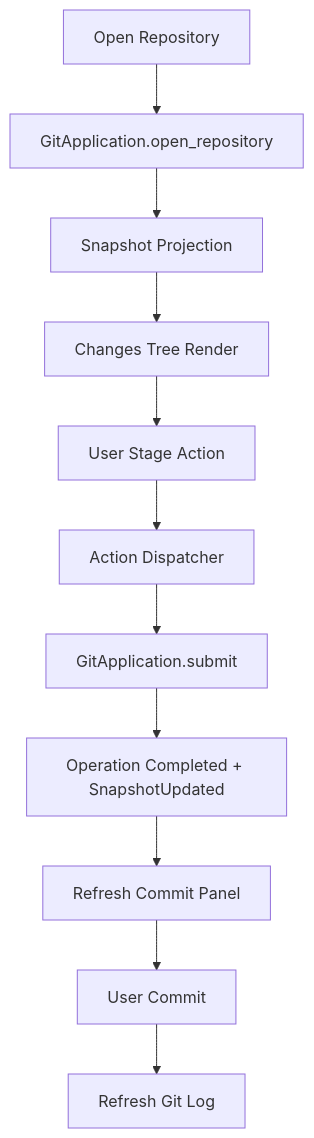
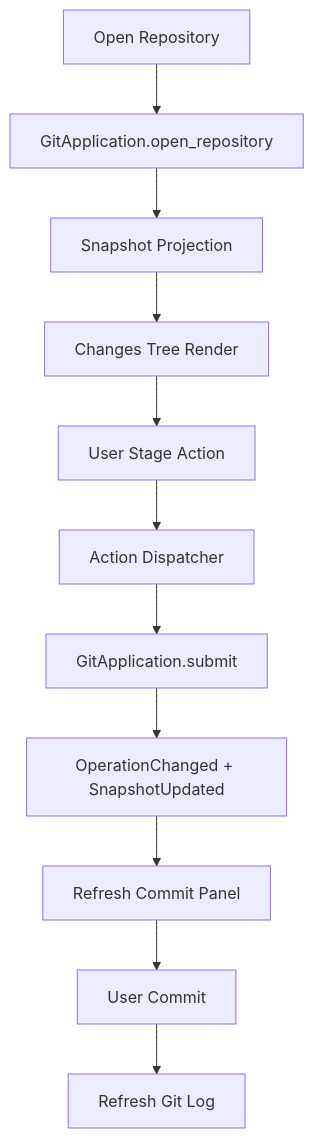
The third of 3 diagrams in docs/architecture/LLD-UI-001.md (dengxiujun/IdeaGit), drawn with Mermaid before and after one commit. The commit also changed other lines of this file and 9 other files, not shown here.

````diff
--- a/docs/architecture/LLD-UI-001.md
+++ b/docs/architecture/LLD-UI-001.md
@@ -947,13 +933,13 @@
 ```mermaid
 flowchart TD
   A[Open Repository] --> B[GitApplication.open_repository]
   B --> C[Snapshot Projection]
   C --> D[Changes Tree Render]
   D --> E[User Stage Action]
   E --> F[Action Dispatcher]
   F --> G[GitApplication.submit]
-  G --> H[Operation Completed + SnapshotUpdated]
+  G --> H[OperationChanged + SnapshotUpdated]
   H --> I[Refresh Commit Panel]
   I --> J[User Commit]
   J --> K[Refresh Git Log]
 ```
````
